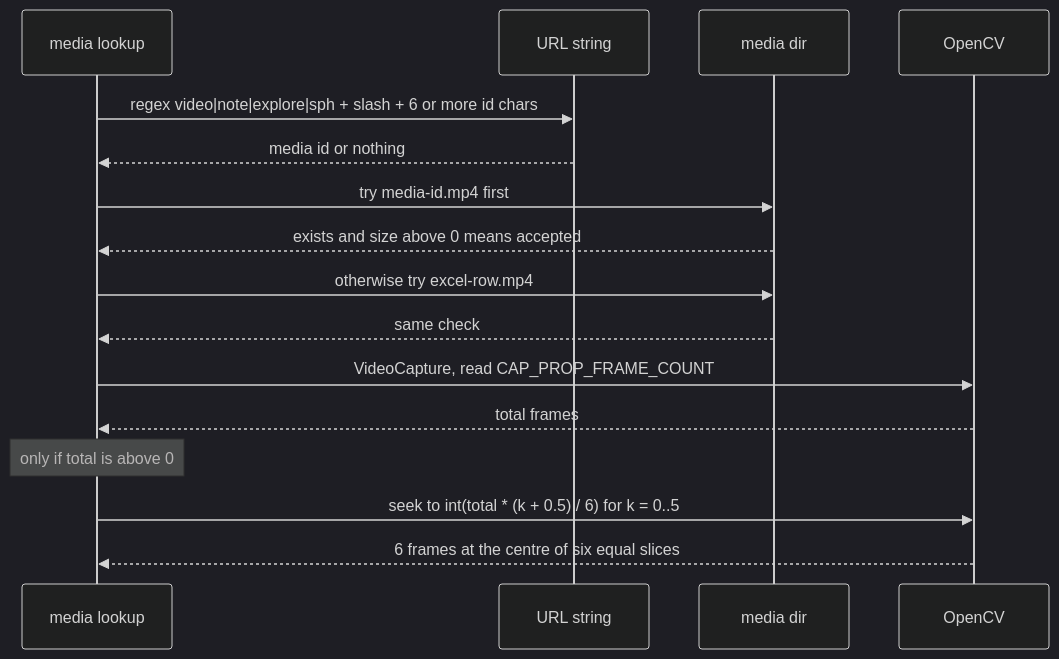
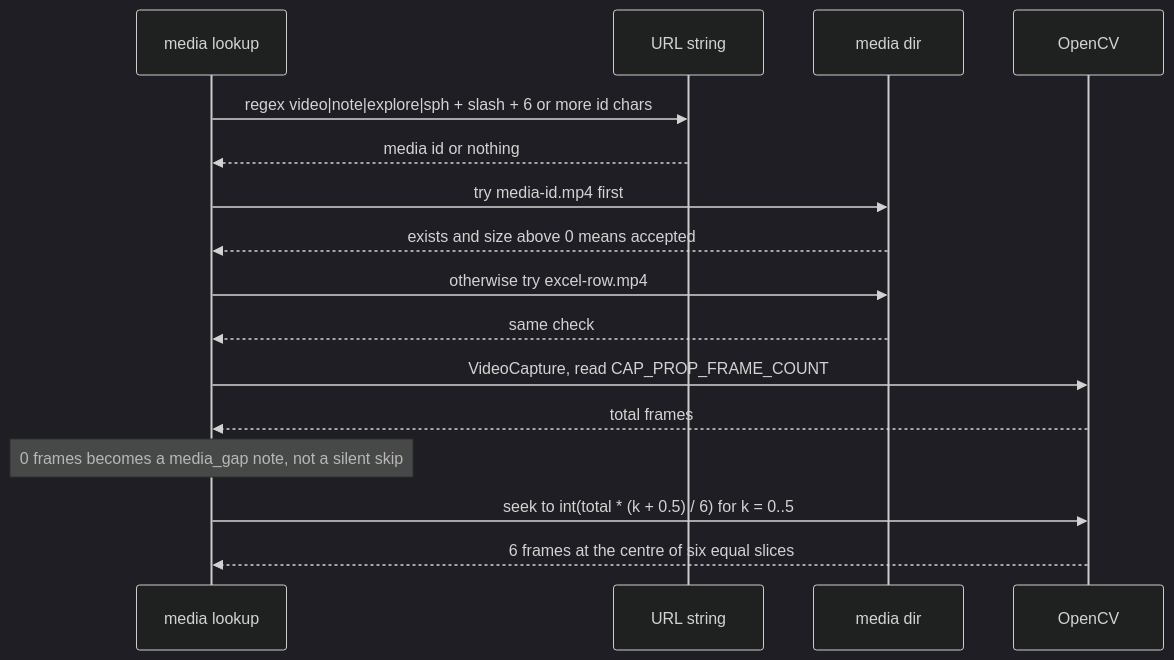
Before and after one commit to Ethan-upgrade/sv-topic-screener: the fourth of 6 diagrams in README.md, drawn with Mermaid (dark theme). The commit also changed other lines of this file and 4 other files, not shown here.

````diff
--- a/README.md
+++ b/README.md
@@ -239,19 +267,19 @@
 ```mermaid
 sequenceDiagram
     participant D as media lookup
     participant U as URL string
     participant F as media dir
     participant CV as OpenCV
 
     D->>U: regex video|note|explore|sph + slash + 6 or more id chars
     U-->>D: media id or nothing
     D->>F: try media-id.mp4 first
     F-->>D: exists and size above 0 means accepted
     D->>F: otherwise try excel-row.mp4
     F-->>D: same check
     D->>CV: VideoCapture, read CAP_PROP_FRAME_COUNT
     CV-->>D: total frames
-    Note over D: only if total is above 0
+    Note over D: 0 frames becomes a media_gap note, not a silent skip
     D->>CV: seek to int(total * (k + 0.5) / 6) for k = 0..5
     CV-->>D: 6 frames at the centre of six equal slices
 ```
````
